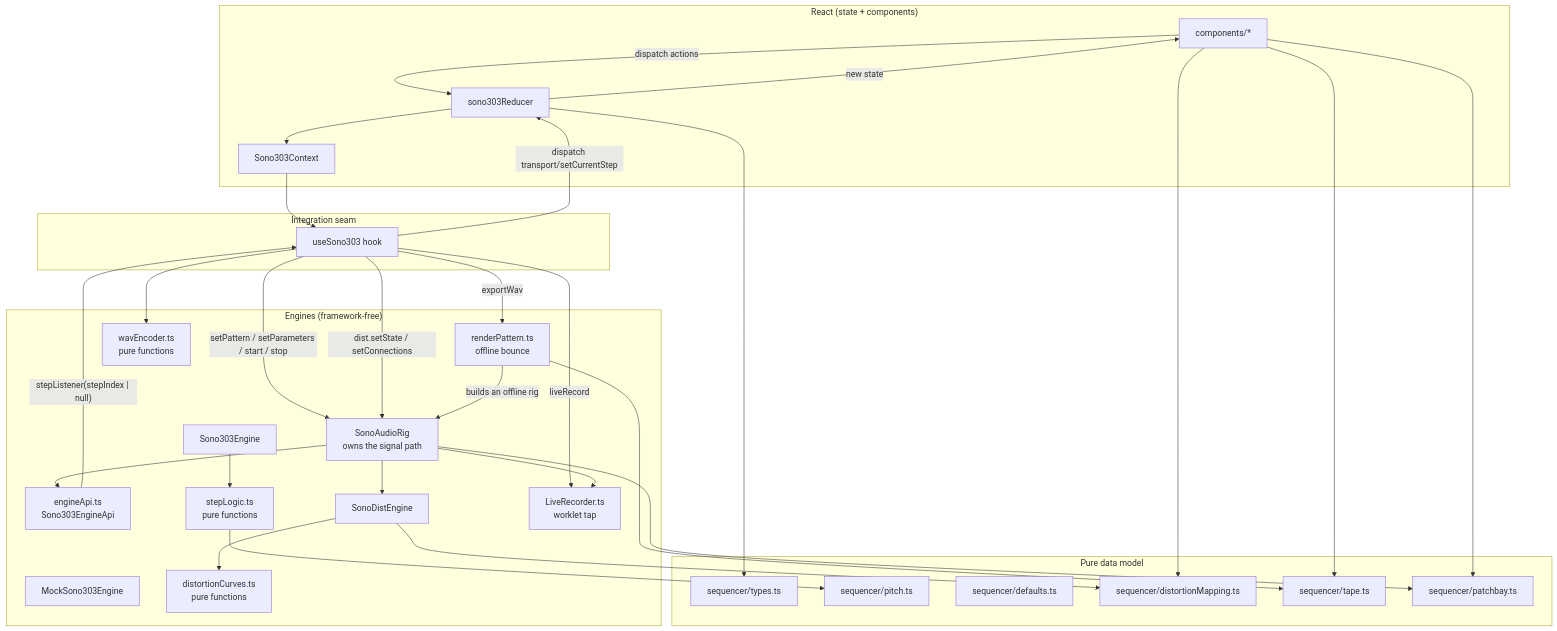
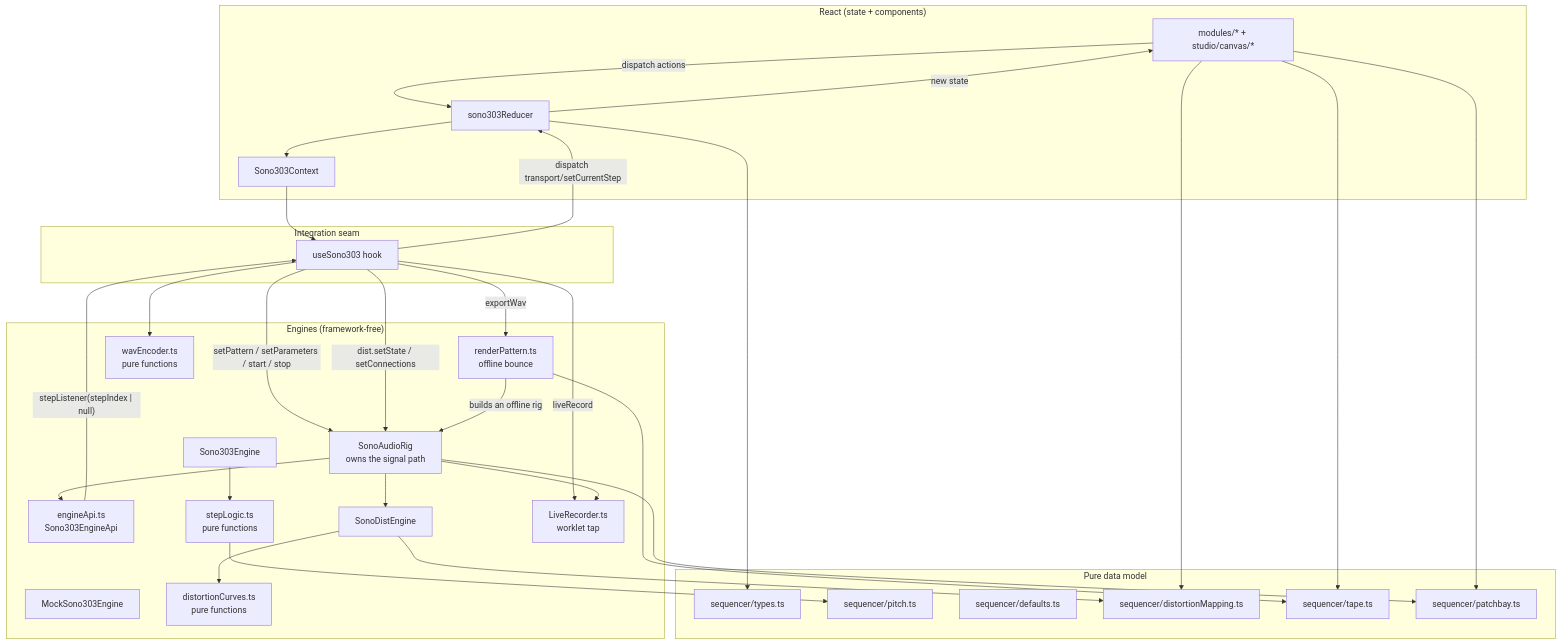
Before and after one commit to noah-blanchard/sono-303: the first of 3 diagrams in docs/ARCHITECTURE.md, drawn with Mermaid. The commit also changed other lines of this file and 110 other files, not shown here.

````diff
--- a/docs/ARCHITECTURE.md
+++ b/docs/ARCHITECTURE.md
@@ -104,54 +81,54 @@
 ```mermaid
 flowchart TD
     subgraph UI["React (state + components)"]
-        C[components/*] -- dispatch actions --> R[sono303Reducer]
+        C[modules/* + studio/canvas/*] -- dispatch actions --> R[sono303Reducer]
         R -- new state --> C
         R --> CTX[Sono303Context]
     end
     subgraph SEAM["Integration seam"]
         H[useSono303 hook]
     end
     subgraph ENGINE["Engines (framework-free)"]
         RIG[SonoAudioRig<br/>owns the signal path]
         API[engineApi.ts<br/>Sono303EngineApi]
         MOCK[MockSono303Engine]
         REAL[Sono303Engine]
         LOGIC[stepLogic.ts<br/>pure functions]
         DIST[SonoDistEngine]
         CURVES[distortionCurves.ts<br/>pure functions]
         RENDER[renderPattern.ts<br/>offline bounce]
         WAV[wavEncoder.ts<br/>pure functions]
         LIVE[LiveRecorder.ts<br/>worklet tap]
     end
     subgraph SEQ["Pure data model"]
         T[sequencer/types.ts]
         P[sequencer/pitch.ts]
         D[sequencer/defaults.ts]
         M[sequencer/distortionMapping.ts]
         TAPE[sequencer/tape.ts]
         BAY[sequencer/patchbay.ts]
     end;
 
     CTX --> H
     H -- setPattern / setParameters / start / stop --> RIG
     H -- dist.setState / setConnections --> RIG
     RIG --> API
     RIG --> DIST
     API -- stepListener(stepIndex | null) --> H
     REAL --> LOGIC
     DIST --> CURVES
     DIST --> M
     C --> M
     H -- dispatch transport/setCurrentStep --> R
     H -- exportWav --> RENDER
     RENDER -- builds an offline rig --> RIG
     RENDER --> TAPE
     H --> WAV
     H -- liveRecord --> LIVE
     RIG --> LIVE
     RIG --> BAY
     C --> TAPE
     C --> BAY
     R --> T
     LOGIC --> P
 ```
````
